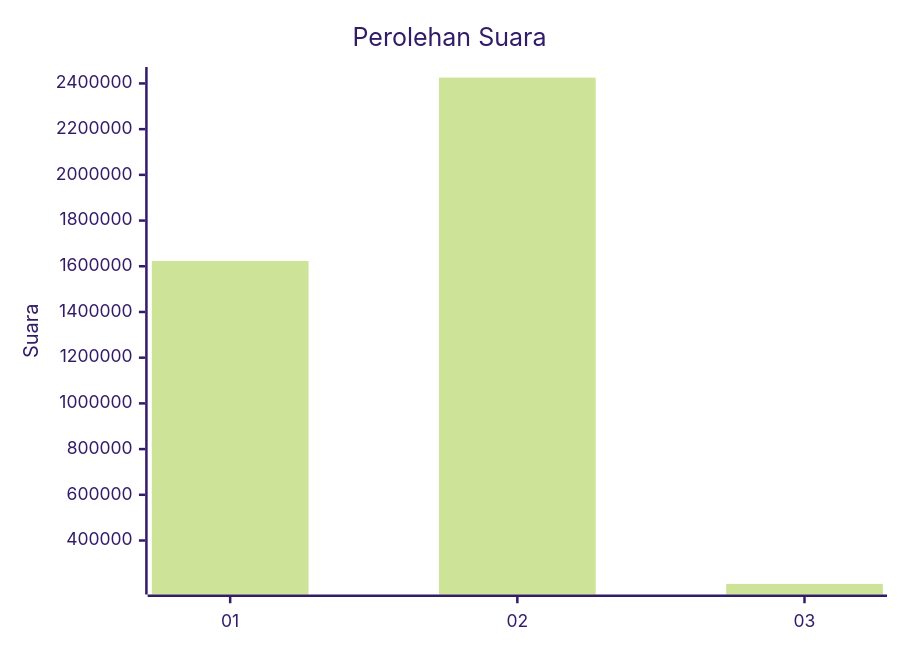
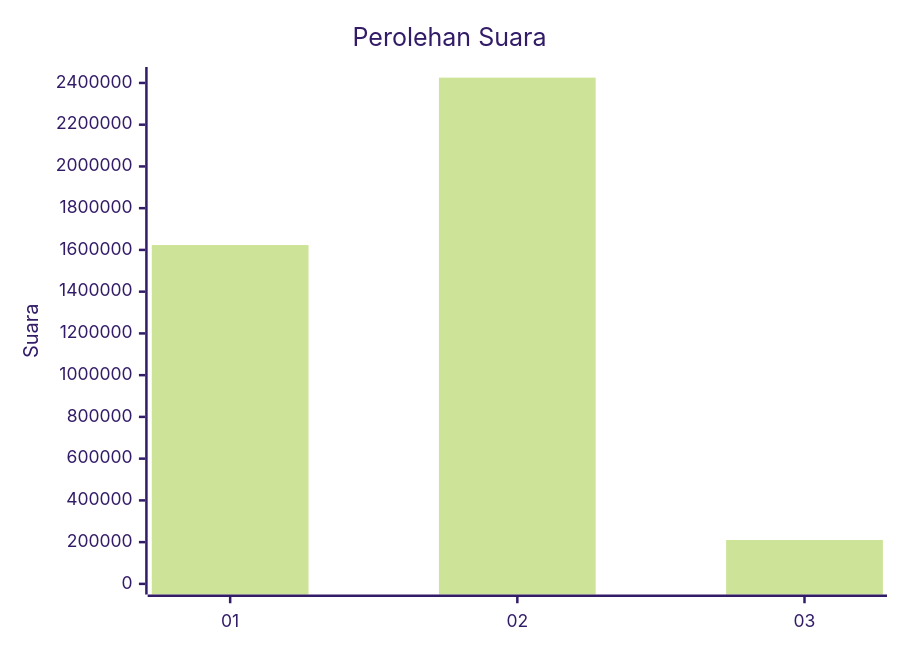
The first of 2 diagrams in pilpres/hitung-suara/sub/table-wilayah-73.md (gigit-pemilu/pemilu-2024), drawn with Mermaid (forest theme) before and after one commit. The commit also changed 42 other files, not shown here.

````diff
--- a/pilpres/hitung-suara/sub/table-wilayah-73.md
+++ b/pilpres/hitung-suara/sub/table-wilayah-73.md
@@ -7,7 +7,7 @@
 ```mermaid
 xychart-beta
     title "Perolehan Suara"
     x-axis [01, 02, 03]
-    y-axis "Suara"
+    y-axis "Suara" 0 --> 2425470
     bar [1623338, 2425470, 210196]
 ```
````
